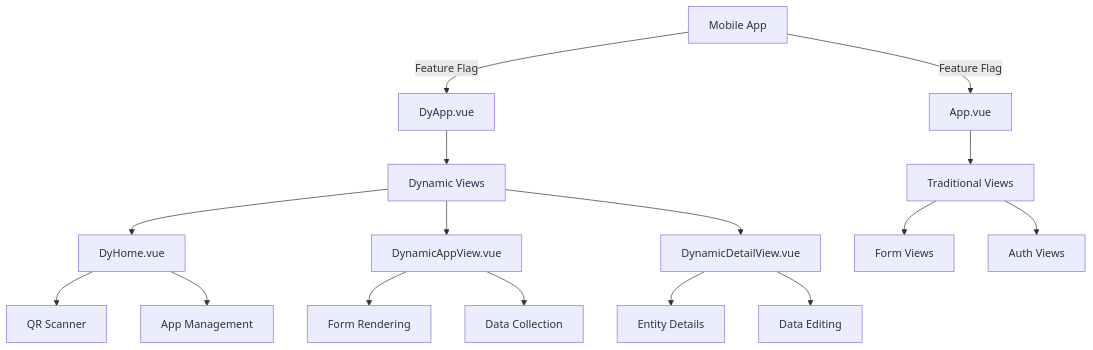
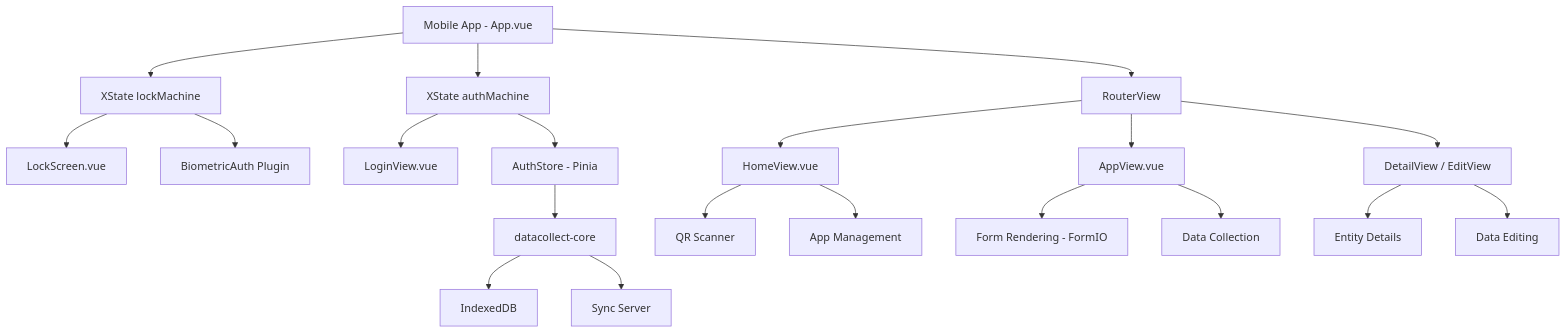
One commit to idpass/idpass-data-collect changed the diagram in website/docs/packages/mobile/index.md. Above: the diagram before and after it, drawn with Mermaid. The commit also changed other lines of this file, not shown here.

Commit message:
docs: update mobile package docs for Vuetify 3 and remove RxDB references

````diff
--- a/website/docs/packages/mobile/index.md
+++ b/website/docs/packages/mobile/index.md
@@ -31,24 +47,29 @@
 ```mermaid
 graph TB
-    A[Mobile App] -->|Feature Flag| B[DyApp.vue]
-    A -->|Feature Flag| C[App.vue]
-    
-    B --> D[Dynamic Views]
-    C --> E[Traditional Views]
-    
-    D --> F[DyHome.vue]
-    D --> G[DynamicAppView.vue]
-    D --> H[DynamicDetailView.vue]
-    
-    E --> I[Form Views]
-    E --> J[Auth Views]
-    
-    F --> K[QR Scanner]
-    F --> L[App Management]
-    
-    G --> M[Form Rendering]
-    G --> N[Data Collection]
-    
-    H --> O[Entity Details]
-    H --> P[Data Editing]
+    A[Mobile App - App.vue] --> B[XState lockMachine]
+    A --> C[XState authMachine]
+    A --> D[RouterView]
+
+    B --> E[LockScreen.vue]
+    B --> F[BiometricAuth Plugin]
+
+    C --> G[LoginView.vue]
+    C --> H[AuthStore - Pinia]
+
+    D --> I[HomeView.vue]
+    D --> J[AppView.vue]
+    D --> K[DetailView / EditView]
+
+    I --> L[QR Scanner]
+    I --> M[App Management]
+
+    J --> N[Form Rendering - FormIO]
+    J --> O[Data Collection]
+
+    K --> P[Entity Details]
+    K --> Q[Data Editing]
+
+    H --> R[datacollect-core]
+    R --> S[IndexedDB]
+    R --> T[Sync Server]
 ```
````
